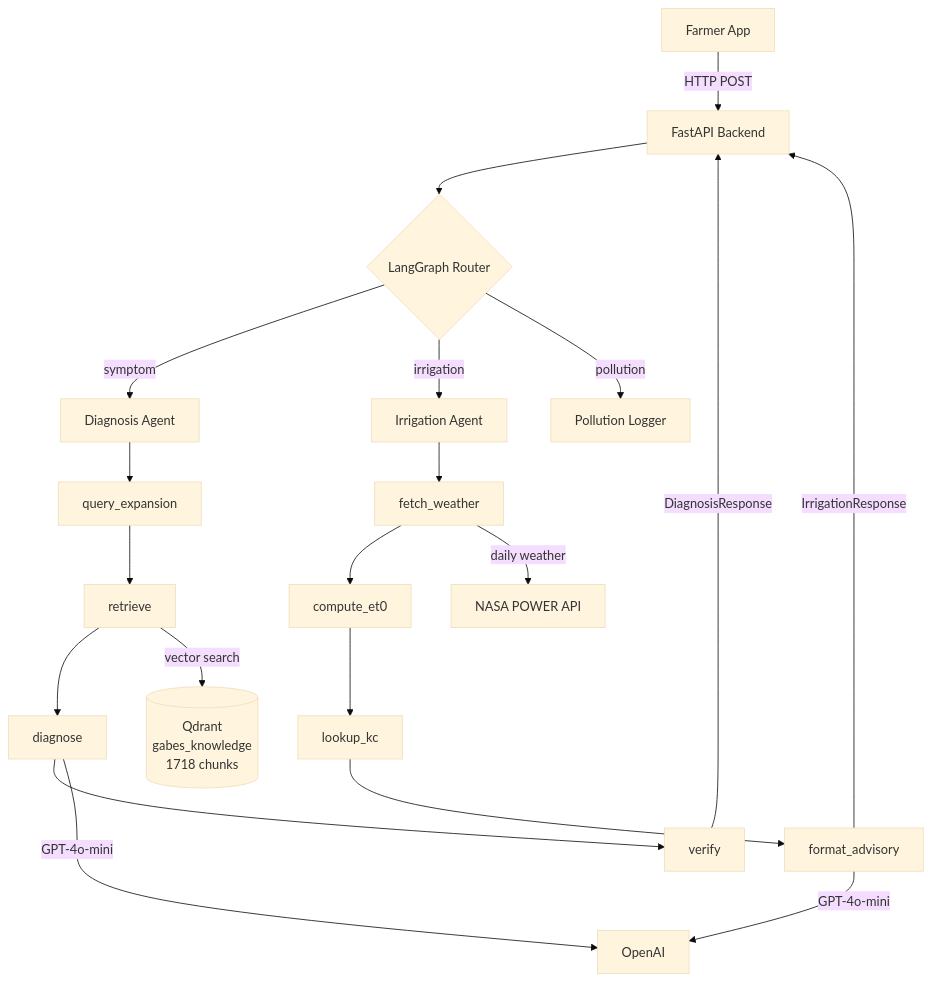
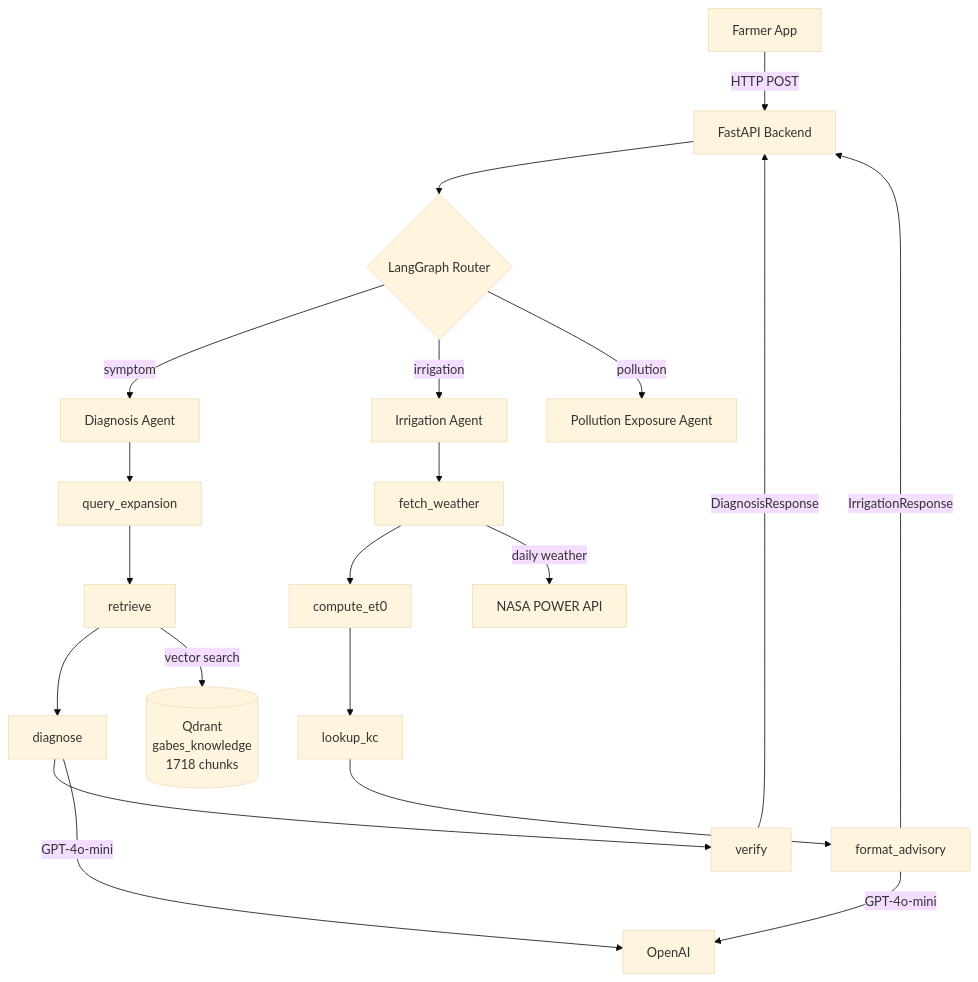
One commit to omarfh111/Gabesi-AIGuardian changed the first of 2 diagrams in README.md. Above: the diagram before and after it, drawn with Mermaid (base theme). The commit also changed other lines of this file, not shown here.

Commit message:
docs: updated README with pollution agent integration and production polish

````diff
--- a/README.md
+++ b/README.md
@@ -52,22 +121,22 @@
 ```mermaid
 graph TD
     A[Farmer App] -->|HTTP POST| B[FastAPI Backend]
     B --> C{LangGraph Router}
     C -->|symptom| D[Diagnosis Agent]
     C -->|irrigation| E[Irrigation Agent]
-    C -->|pollution| F[Pollution Logger]
+    C -->|pollution| F[Pollution Exposure Agent]
     D --> G[query_expansion]
     G --> H[retrieve]
     H --> I[diagnose]
     I --> J[verify]
     J -->|DiagnosisResponse| B
     E --> K[fetch_weather]
     K --> L[compute_et0]
     L --> M[lookup_kc]
     M --> N[format_advisory]
     N -->|IrrigationResponse| B
     H -->|vector search| O[(Qdrant\ngabes_knowledge\n1718 chunks)]
     K -->|daily weather| P[NASA POWER API]
     I -->|GPT-4o-mini| Q[OpenAI]
     N -->|GPT-4o-mini| Q
 ```
````
